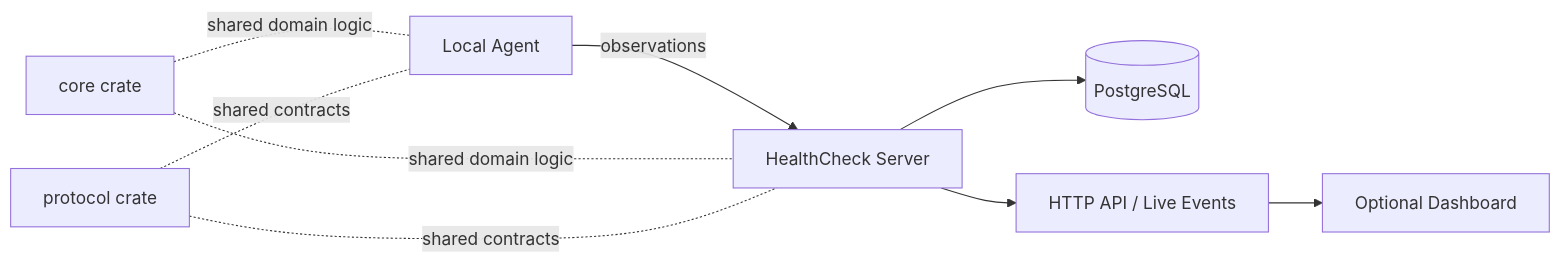
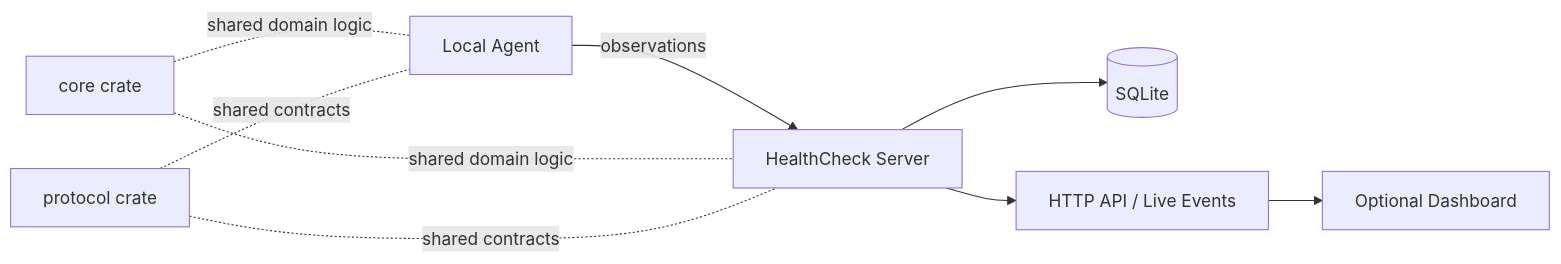
Before and after one commit to justsomerandom/healthcheck: the diagram in README.md, drawn with Mermaid. The commit also changed other lines of this file and 10 other files, not shown here.

````diff
--- a/README.md
+++ b/README.md
@@ -33,11 +33,11 @@
 ```mermaid
 flowchart LR
     Agent[Local Agent] -->|observations| Server[HealthCheck Server]
-    Server --> Database[(PostgreSQL)]
+    Server --> Database[(SQLite)]
     Server --> Api[HTTP API / Live Events]
     Api --> Dashboard[Optional Dashboard]
     Core[core crate] -. shared domain logic .- Server
     Core -. shared domain logic .- Agent
     Protocol[protocol crate] -. shared contracts .- Server
     Protocol -. shared contracts .- Agent
 ```
````
